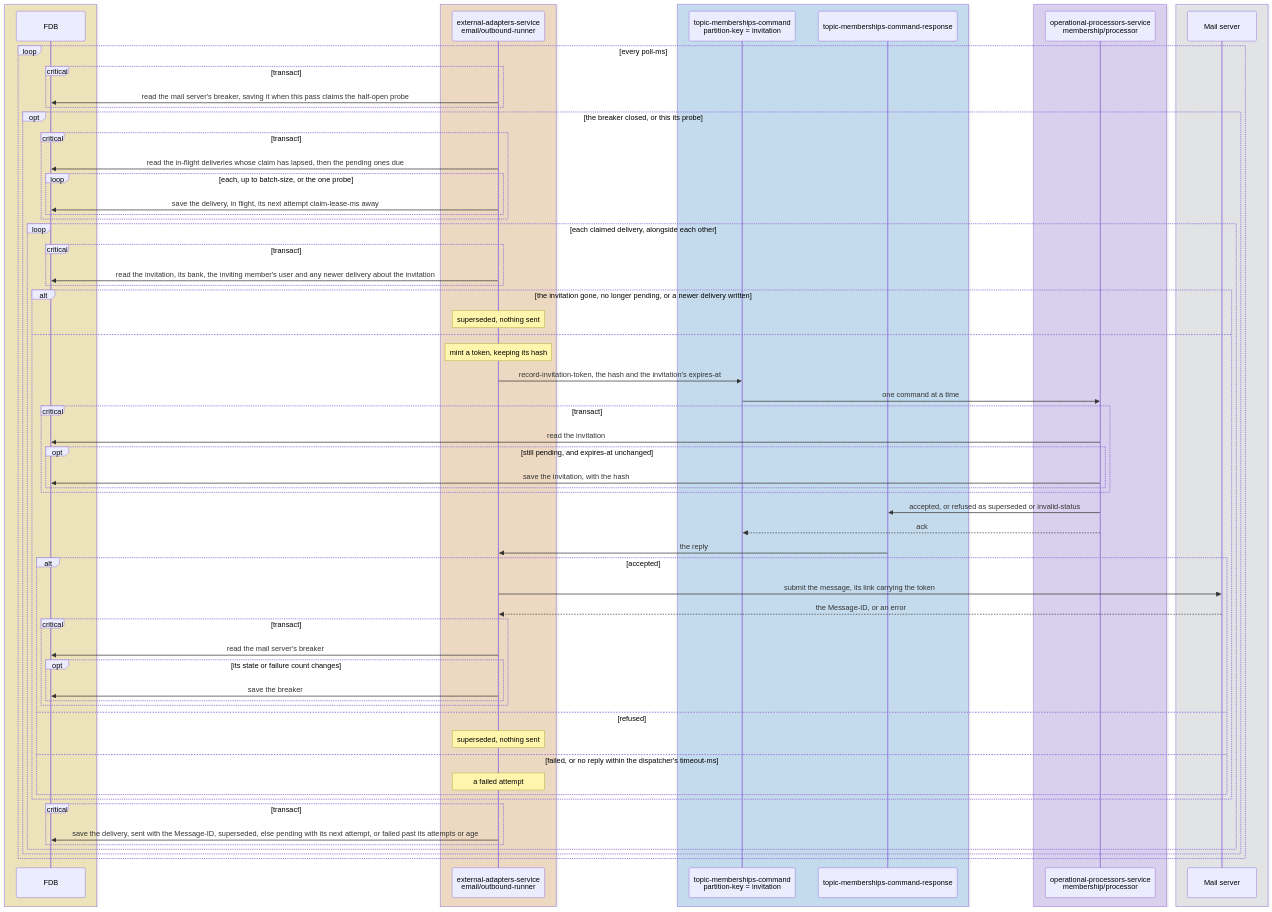
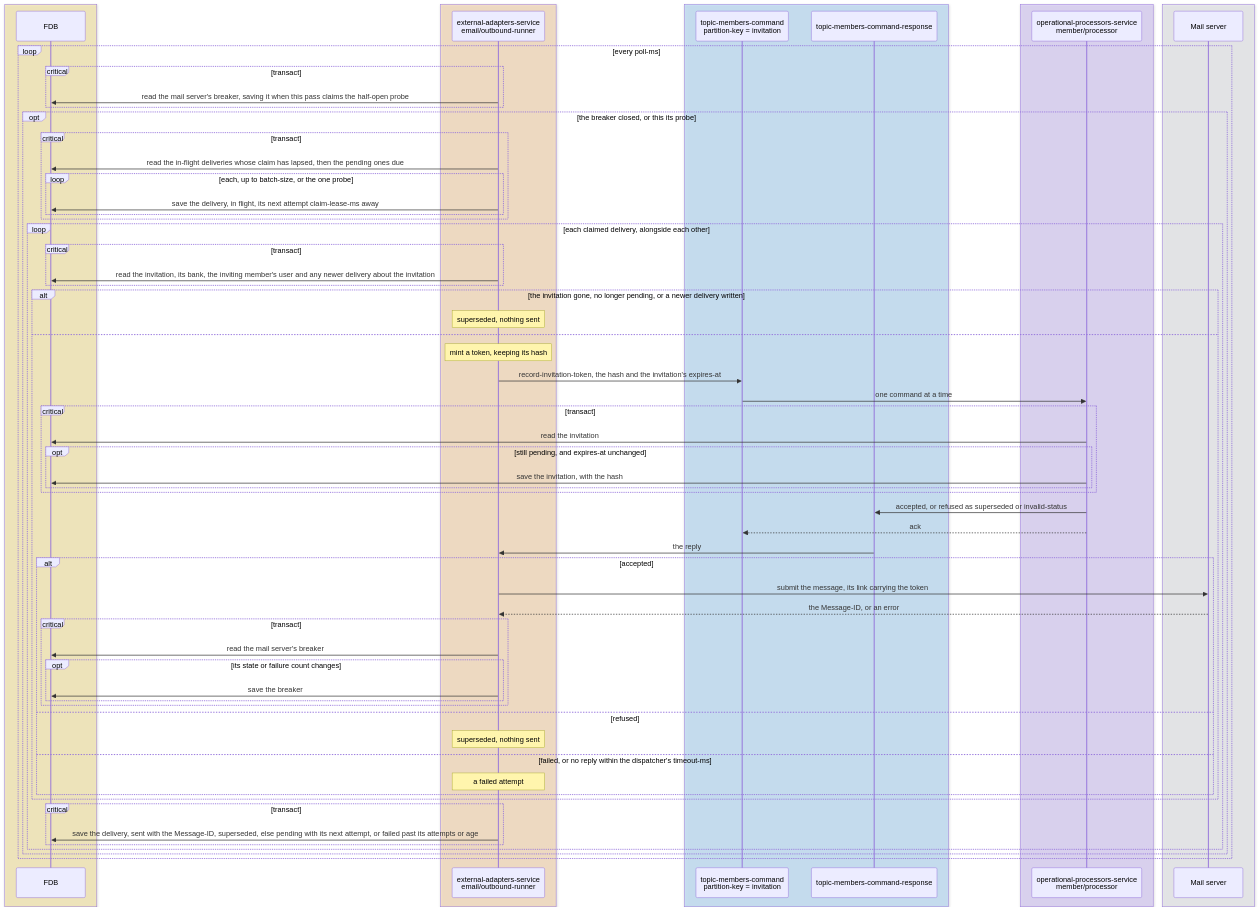
The third of 3 diagrams in docs/tdd/outbound-email.md (repldriven/queenswood), drawn with Mermaid before and after one commit. The commit also changed other lines of this file and 115 other files, not shown here.

First line of the commit message:
Call a bank's member a Member, not a Membership

````diff
--- a/docs/tdd/outbound-email.md
+++ b/docs/tdd/outbound-email.md
@@ -139,70 +139,70 @@
 ```mermaid
 sequenceDiagram
     box rgba(255, 236, 153, 0.5)
     participant DB as FDB
     end
     box rgba(255, 216, 168, 0.5)
     participant ER as external-adapters-service<br/>email/outbound-runner
     end
     box rgba(165, 216, 255, 0.45)
-    participant MC as topic-memberships-command<br/>partition-key = invitation
-    participant MR as topic-memberships-command-response
+    participant MC as topic-members-command<br/>partition-key = invitation
+    participant MR as topic-members-command-response
     end
     box rgba(208, 191, 255, 0.45)
-    participant MP as operational-processors-service<br/>membership/processor
+    participant MP as operational-processors-service<br/>member/processor
     end
     box rgba(233, 236, 239, 0.5)
     participant X as Mail server
     end
     loop every poll-ms
     critical transact
     ER->>DB: read the mail server's breaker, saving it when this pass claims the half-open probe
     end
     opt the breaker closed, or this its probe
     critical transact
     ER->>DB: read the in-flight deliveries whose claim has lapsed, then the pending ones due
     loop each, up to batch-size, or the one probe
     ER->>DB: save the delivery, in flight, its next attempt claim-lease-ms away
     end
     end
     loop each claimed delivery, alongside each other
     critical transact
     ER->>DB: read the invitation, its bank, the inviting member's user and any newer delivery about the invitation
     end
     alt the invitation gone, no longer pending, or a newer delivery written
     Note over ER: superseded, nothing sent
     else
     Note over ER: mint a token, keeping its hash
     ER->>MC: record-invitation-token, the hash and the invitation's expires-at
     MC->>MP: one command at a time
     critical transact
     MP->>DB: read the invitation
     opt still pending, and expires-at unchanged
     MP->>DB: save the invitation, with the hash
     end
     end
     MP->>MR: accepted, or refused as superseded or invalid-status
     MP-->>MC: ack
     MR->>ER: the reply
     alt accepted
     ER->>X: submit the message, its link carrying the token
     X-->>ER: the Message-ID, or an error
     critical transact
     ER->>DB: read the mail server's breaker
     opt its state or failure count changes
     ER->>DB: save the breaker
     end
     end
     else refused
     Note over ER: superseded, nothing sent
     else failed, or no reply within the dispatcher's timeout-ms
     Note over ER: a failed attempt
     end
     end
     critical transact
     ER->>DB: save the delivery, sent with the Message-ID, superseded, else pending with its next attempt, or failed past its attempts or age
     end
     end
     end
     end
 ```
````
